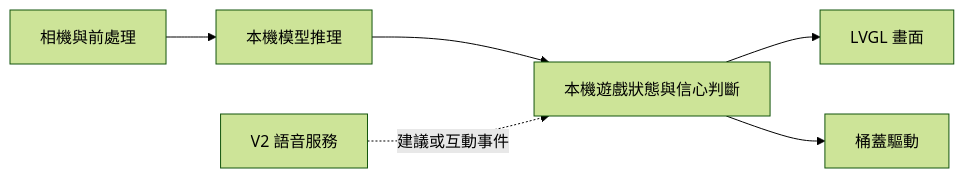
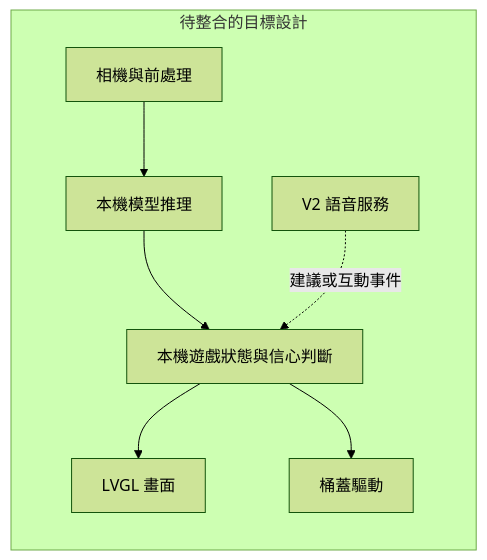
The diagram in docs/architecture.md (Bruiseunderskin/smart-trash-can), drawn with Mermaid (forest theme) before and after one commit. The commit also changed 1 other file, not shown here.

Commit message:
Require tracked guides and label planned architecture

````diff
--- a/docs/architecture.md
+++ b/docs/architecture.md
@@ -21,8 +21,10 @@
 ```mermaid
 flowchart LR
+  subgraph planned[待整合的目標設計]
   camera[相機與前處理] --> inference[本機模型推理]
   inference --> controller[本機遊戲狀態與信心判斷]
   controller --> ui[LVGL 畫面]
   controller --> actuator[桶蓋驅動]
   voice[V2 語音服務] -. 建議或互動事件 .-> controller
+  end
 ```
````
